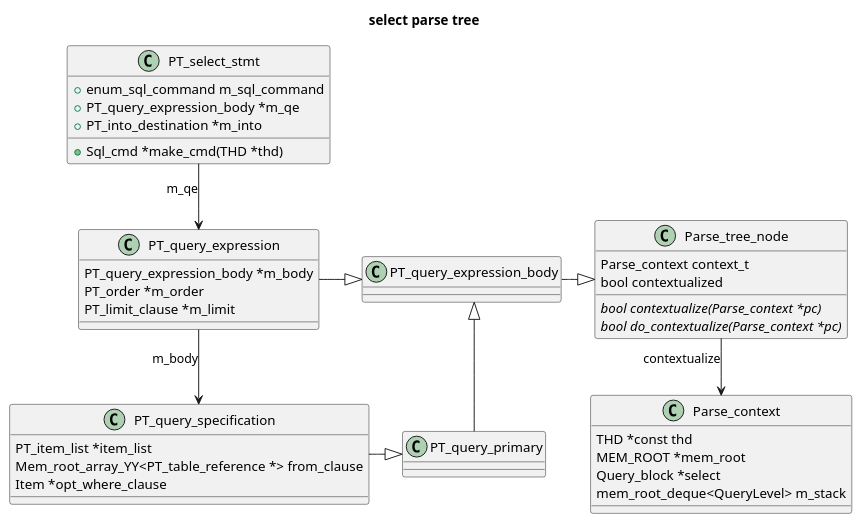
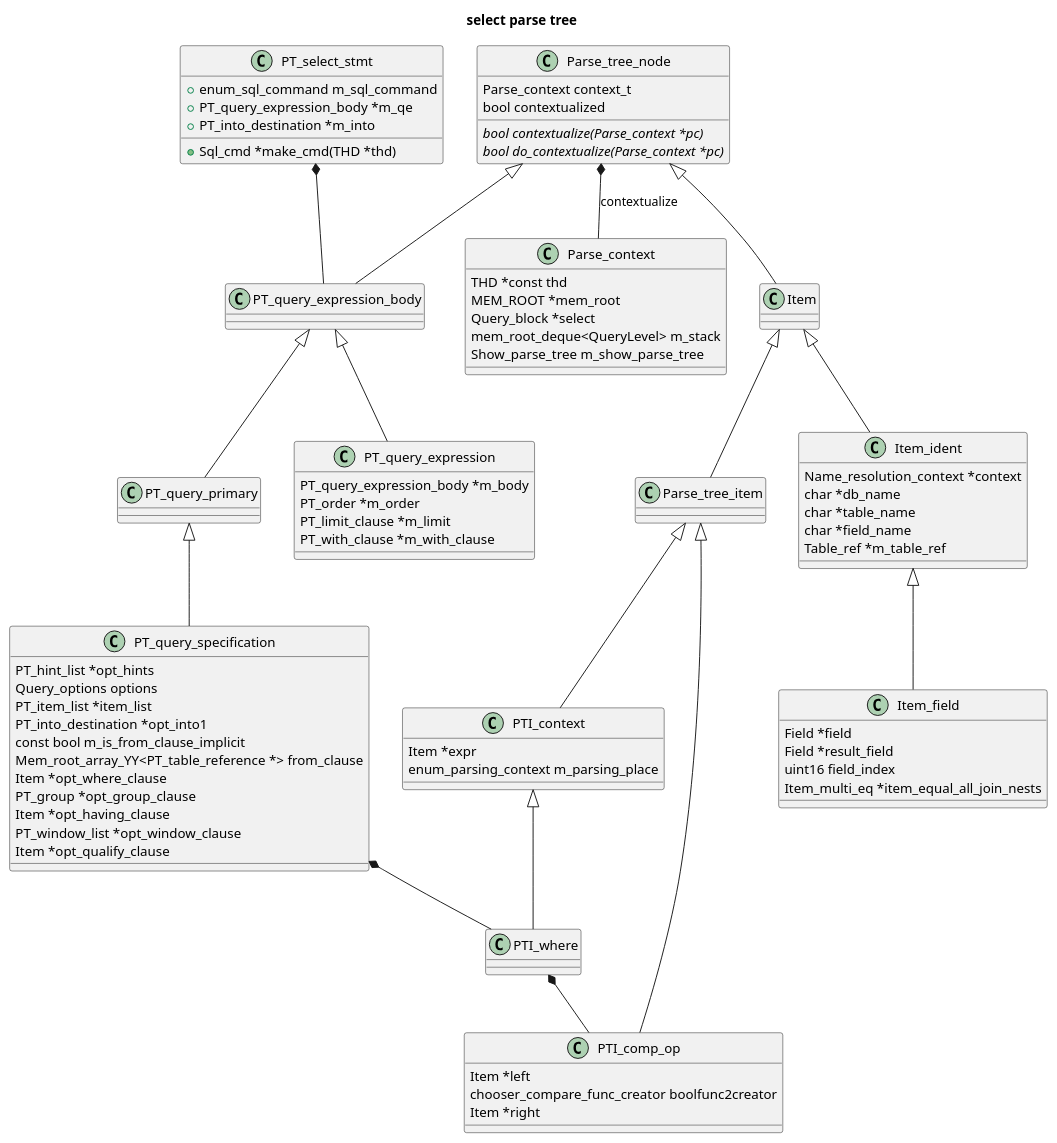
Before and after one commit to kevinwang930/kevinwang930.github.io: the sixth of 13 diagrams in content/post/data/db/mysql/query/index.md, drawn with PlantUML. The commit also changed other lines of this file and 3 other files, not shown here.

````diff
--- a/content/post/data/db/mysql/query/index.md
+++ b/content/post/data/db/mysql/query/index.md
@@ -281,5 +305,5 @@
 ```plantuml
-skinparam linetype ortho
+
 title select parse tree
 class PT_select_stmt {
   +enum_sql_command m_sql_command
@@ -303,30 +327,76 @@
   MEM_ROOT *mem_root
   Query_block *select
   mem_root_deque<QueryLevel> m_stack
+  Show_parse_tree m_show_parse_tree
 }
 
 
-class PT_query_specification {
+class PT_query_expression_body extends Parse_tree_node
+class PT_query_primary extends PT_query_expression_body
+class PT_query_specification extends PT_query_primary {
+  PT_hint_list *opt_hints
+  Query_options options
   PT_item_list *item_list
-  Mem_root_array_YY<PT_table_reference *> from_clause
+  PT_into_destination *opt_into1
+  const bool m_is_from_clause_implicit
+  Mem_root_array_YY<PT_table_reference *> from_clause  
   Item *opt_where_clause
+  PT_group *opt_group_clause
+  Item *opt_having_clause
+  PT_window_list *opt_window_clause
+  Item *opt_qualify_clause
 }
-Parse_tree_node <|-left- PT_query_expression_body  
-class PT_query_primary extends PT_query_expression_body
 
 
-PT_query_primary <|-left-  PT_query_specification  
-class PT_query_expression  {
+
+
+class PT_query_expression  extends PT_query_expression_body {
    PT_query_expression_body *m_body
    PT_order *m_order
    PT_limit_clause *m_limit
+   PT_with_clause *m_with_clause
 }
 
-PT_query_expression_body <|-left- PT_query_expression
+class Item extends  Parse_tree_node
 
-PT_select_stmt -down-> PT_query_expression: m_qe
+class Parse_tree_item extends  Item
 
-Parse_tree_node --> Parse_context: contextualize
-PT_query_expression -down-> PT_query_specification: m_body
+class PTI_context extends  Parse_tree_item {
+  Item *expr
+  enum_parsing_context m_parsing_place
+}
+
+class PTI_where extends PTI_context {
+
+}
+
+class Item_ident extends  Item {
+  Name_resolution_context *context
+  char *db_name
+  char *table_name
+  char *field_name
+  Table_ref *m_table_ref
+}
+
+class Item_field extends Item_ident {
+  Field *field
+  Field *result_field
+  uint16 field_index
+  Item_multi_eq *item_equal_all_join_nests
+}
+
+class PTI_comp_op extends Parse_tree_item {
+  Item *left
+  chooser_compare_func_creator boolfunc2creator
+  Item *right
+}
+
+PT_select_stmt *-- PT_query_expression_body
+
+Parse_tree_node *-- Parse_context: contextualize
+PT_query_specification *-- PTI_where
+
+PTI_where *-- PTI_comp_op
+
 
 ```
````
